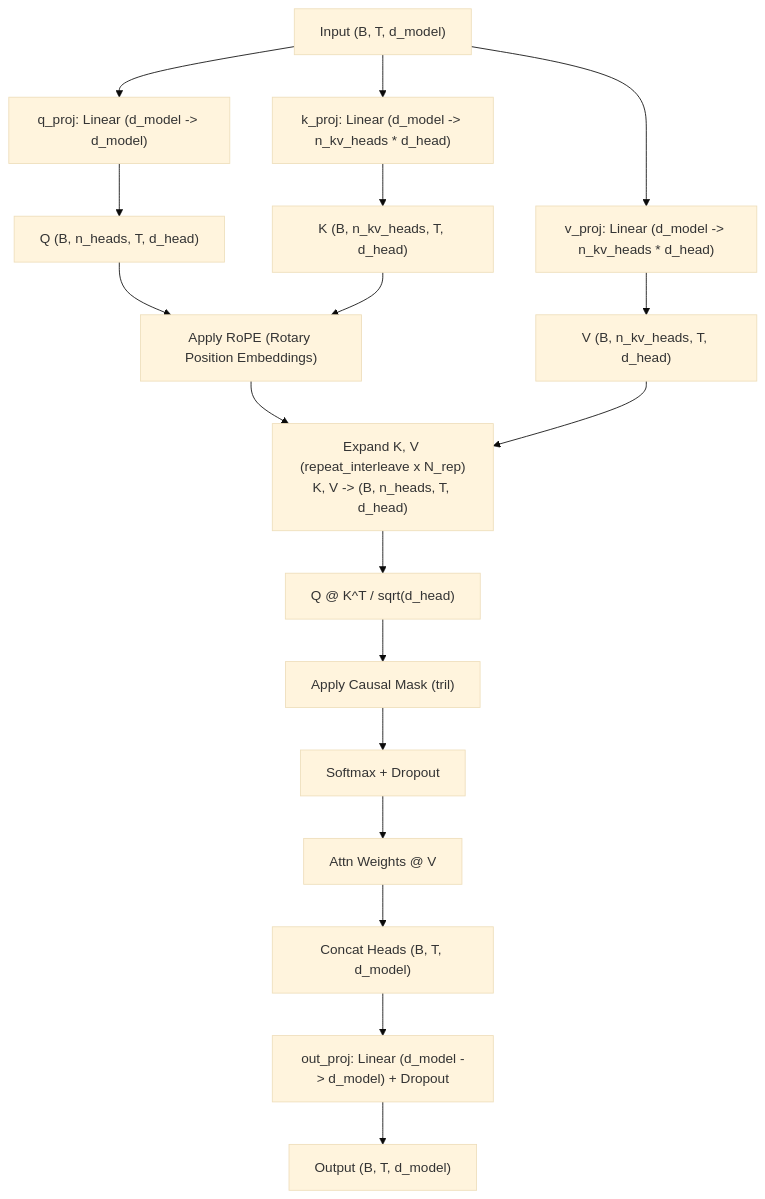
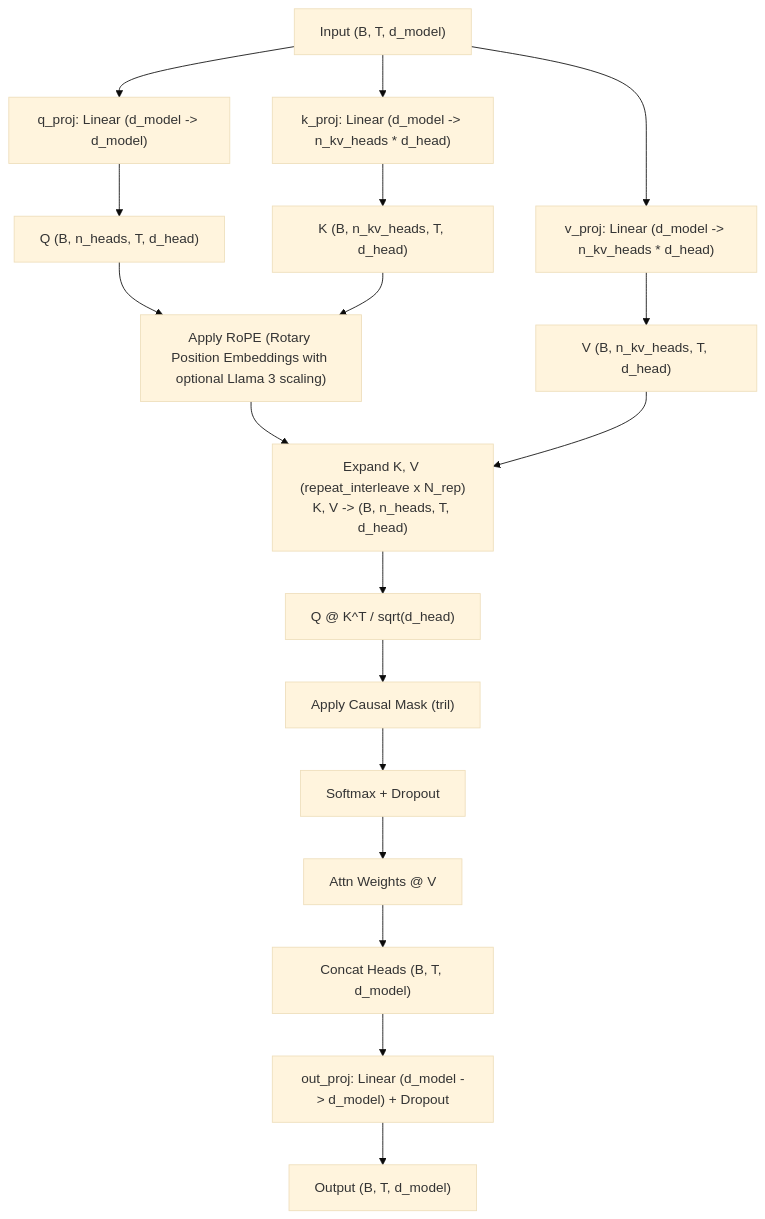
One commit to Ritvik19/NNFS changed the diagram in docs/layers/grouped_query_attention.md. Above: the diagram before and after it, drawn with Mermaid (base theme). The commit also changed other lines of this file and 13 other files, not shown here.

Commit message:
feat: implement LLaMA 3 model architecture with GQA and updated RoPE scaling

````diff
--- a/docs/layers/grouped_query_attention.md
+++ b/docs/layers/grouped_query_attention.md
@@ -24,25 +24,25 @@
 ```mermaid
 flowchart TD
     In["Input (B, T, d_model)"] --> ProjQ["q_proj: Linear (d_model -> d_model)"]
     In --> ProjK["k_proj: Linear (d_model -> n_kv_heads * d_head)"]
     In --> ProjV["v_proj: Linear (d_model -> n_kv_heads * d_head)"]
 
     ProjQ --> ReshapeQ["Q (B, n_heads, T, d_head)"]
     ProjK --> ReshapeK["K (B, n_kv_heads, T, d_head)"]
     ProjV --> ReshapeV["V (B, n_kv_heads, T, d_head)"]
 
-    ReshapeQ --> RoPE["Apply RoPE (Rotary Position Embeddings)"]
+    ReshapeQ --> RoPE["Apply RoPE (Rotary Position Embeddings with optional Llama 3 scaling)"]
     ReshapeK --> RoPE
 
     RoPE --> ExpandKV["Expand K, V (repeat_interleave x N_rep)<br/>K, V -> (B, n_heads, T, d_head)"]
     ReshapeV --> ExpandKV
 
     ExpandKV --> Dot["Q @ K^T / sqrt(d_head)"]
     Dot --> Mask["Apply Causal Mask (tril)"]
     Mask --> Softmax["Softmax + Dropout"]
     Softmax --> AttnOut["Attn Weights @ V"]
 
     AttnOut --> Reshape["Concat Heads (B, T, d_model)"]
     Reshape --> OutProj["out_proj: Linear (d_model -> d_model) + Dropout"]
     OutProj --> Final["Output (B, T, d_model)"]
 ```
````
